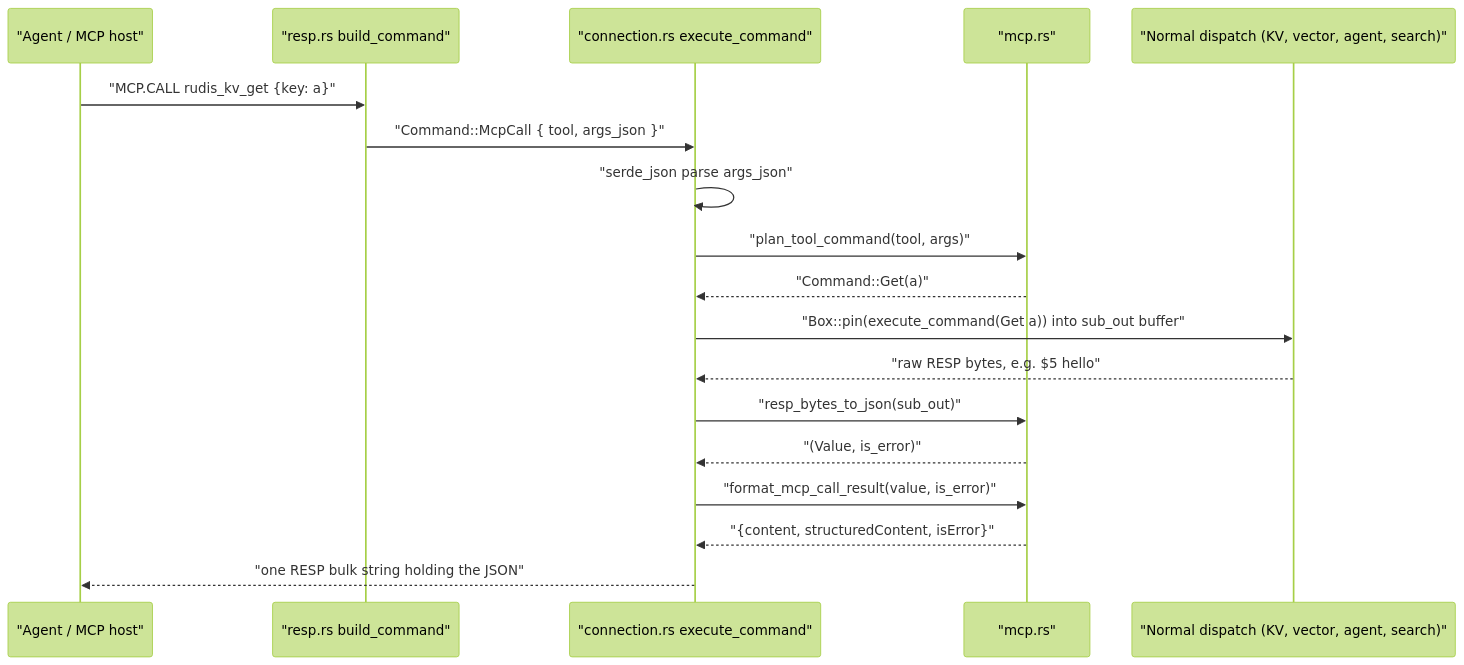
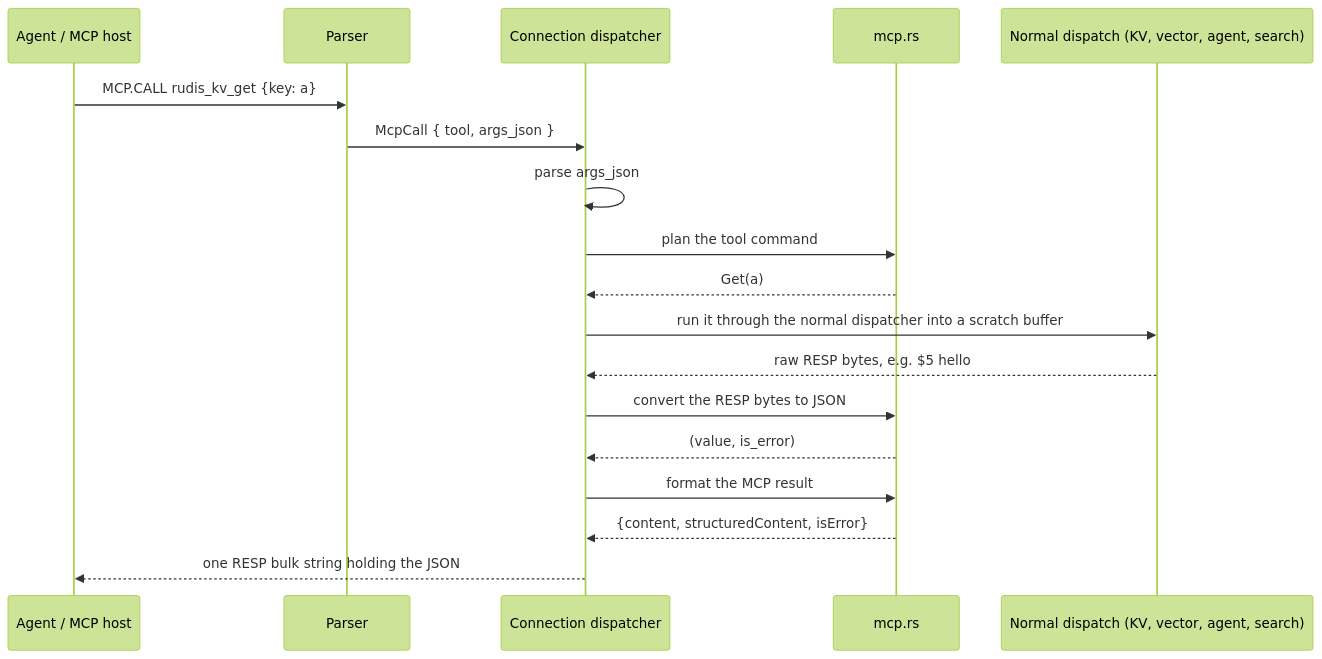
The diagram in docs/internal/21_mcp_server.md (warrenzhu25/rudis), drawn with Mermaid (forest theme) before and after one commit. The commit also changed other lines of this file, not shown here.

First line of the commit message:
docs(internal): rewrite MCP server guide in the prose-first style

````diff
--- a/docs/internal/21_mcp_server.md
+++ b/docs/internal/21_mcp_server.md
@@ -55,20 +42,20 @@
 ```mermaid
 sequenceDiagram
-    participant A as "Agent / MCP host"
-    participant P as "resp.rs build_command"
-    participant C as "connection.rs execute_command"
-    participant M as "mcp.rs"
-    participant S as "Normal dispatch (KV, vector, agent, search)"
-    A->>P: "MCP.CALL rudis_kv_get {key: a}"
-    P->>C: "Command::McpCall { tool, args_json }"
-    C->>C: "serde_json parse args_json"
-    C->>M: "plan_tool_command(tool, args)"
-    M-->>C: "Command::Get(a)"
-    C->>S: "Box::pin(execute_command(Get a)) into sub_out buffer"
-    S-->>C: "raw RESP bytes, e.g. $5 hello"
-    C->>M: "resp_bytes_to_json(sub_out)"
-    M-->>C: "(Value, is_error)"
-    C->>M: "format_mcp_call_result(value, is_error)"
-    M-->>C: "{content, structuredContent, isError}"
-    C-->>A: "one RESP bulk string holding the JSON"
+    participant A as Agent / MCP host
+    participant P as Parser
+    participant C as Connection dispatcher
+    participant M as mcp.rs
+    participant S as Normal dispatch (KV, vector, agent, search)
+    A->>P: MCP.CALL rudis_kv_get {key: a}
+    P->>C: McpCall { tool, args_json }
+    C->>C: parse args_json
+    C->>M: plan the tool command
+    M-->>C: Get(a)
+    C->>S: run it through the normal dispatcher into a scratch buffer
+    S-->>C: raw RESP bytes, e.g. $5 hello
+    C->>M: convert the RESP bytes to JSON
+    M-->>C: (value, is_error)
+    C->>M: format the MCP result
+    M-->>C: {content, structuredContent, isError}
+    C-->>A: one RESP bulk string holding the JSON
 ```
````
